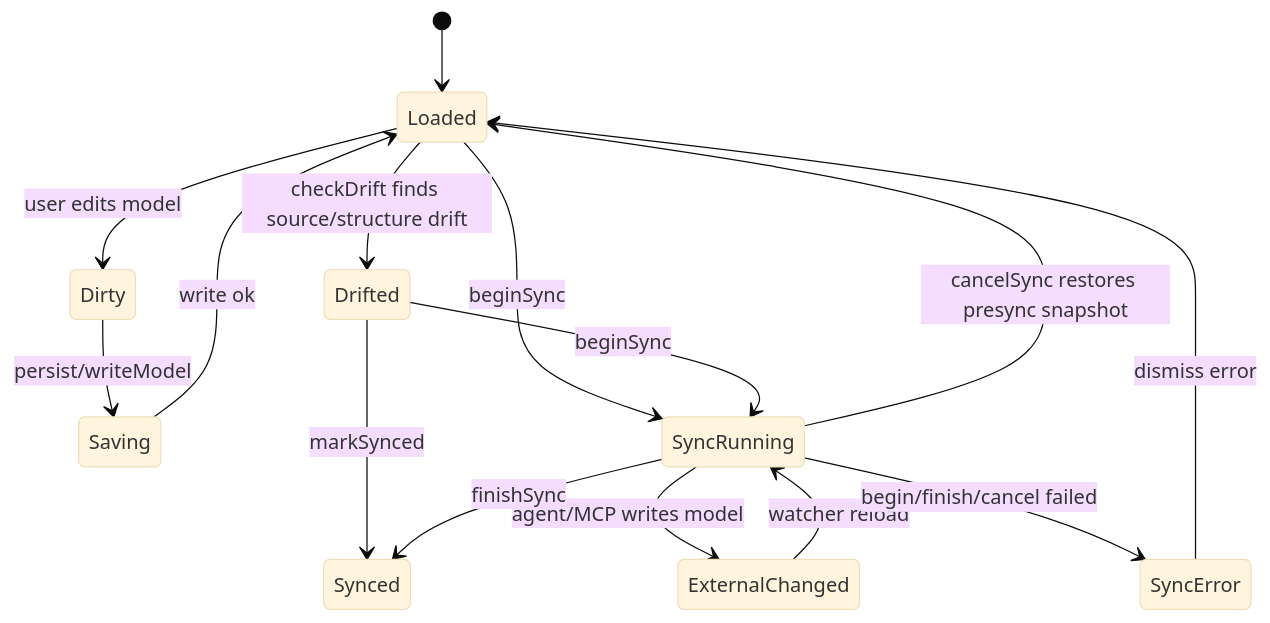
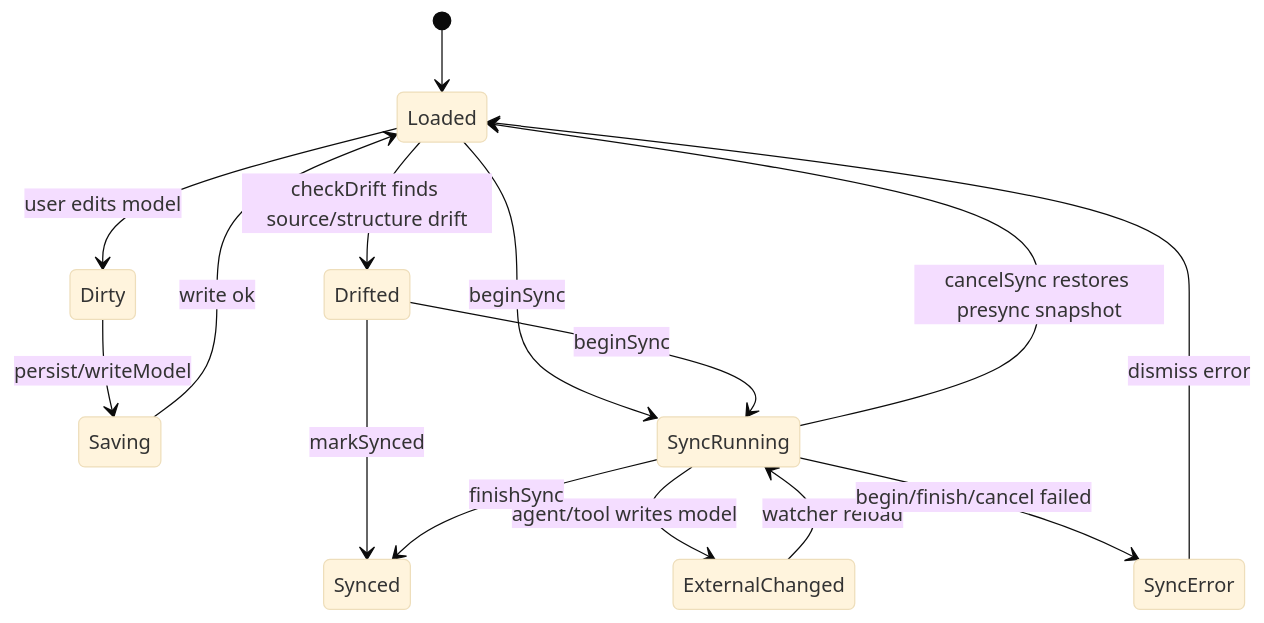
Before and after one commit to Nikolatesla-lj/orca: the seventh of 7 diagrams in docs/orca-scryer-uml-gap-analysis.md, drawn with Mermaid (base theme). The commit also changed other lines of this file and 10 other files, not shown here.

````diff
--- a/docs/orca-scryer-uml-gap-analysis.md
+++ b/docs/orca-scryer-uml-gap-analysis.md
@@ -215,17 +247,17 @@
 ```mermaid
 stateDiagram-v2
   [*] --> Loaded
   Loaded --> Dirty: user edits model
   Dirty --> Saving: persist/writeModel
   Saving --> Loaded: write ok
   Loaded --> Drifted: checkDrift finds source/structure drift
   Drifted --> Synced: markSynced
   Loaded --> SyncRunning: beginSync
   Drifted --> SyncRunning: beginSync
-  SyncRunning --> ExternalChanged: agent/MCP writes model
+  SyncRunning --> ExternalChanged: agent/tool writes model
   ExternalChanged --> SyncRunning: watcher reload
   SyncRunning --> Synced: finishSync
   SyncRunning --> Loaded: cancelSync restores presync snapshot
   SyncRunning --> SyncError: begin/finish/cancel failed
   SyncError --> Loaded: dismiss error
 ```
````
